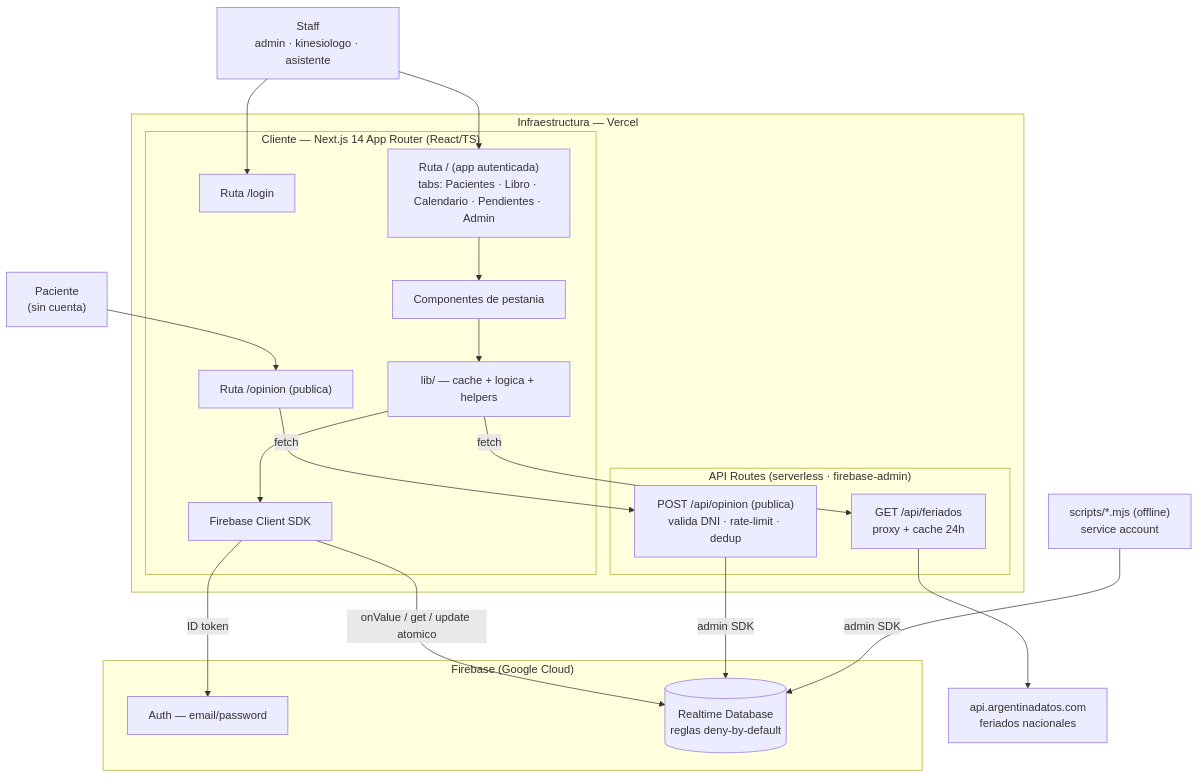
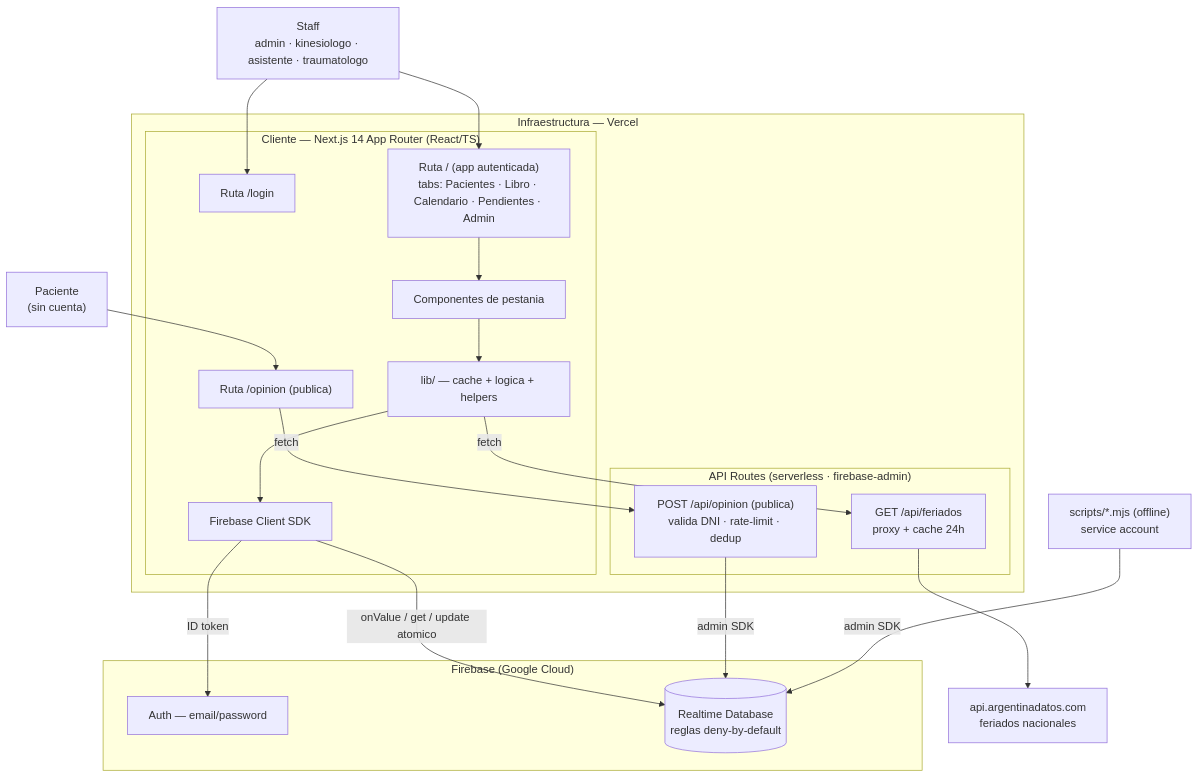
Before and after one commit to joacoz29/crudkinesiologia: the first of 3 diagrams in docs/architecture.md, drawn with Mermaid. The commit also changed other lines of this file, not shown here.

````diff
--- a/docs/architecture.md
+++ b/docs/architecture.md
@@ -17,42 +20,42 @@
 ```mermaid
 flowchart TB
-    staff["Staff<br/>admin · kinesiologo · asistente"]
+    staff["Staff<br/>admin · kinesiologo · asistente · traumatologo"]
     pac["Paciente<br/>(sin cuenta)"]
 
     subgraph vercel["Infraestructura — Vercel"]
         subgraph cli["Cliente — Next.js 14 App Router (React/TS)"]
             login["Ruta /login"]
             app["Ruta / (app autenticada)<br/>tabs: Pacientes · Libro · Calendario · Pendientes · Admin"]
             opi["Ruta /opinion (publica)"]
             comps["Componentes de pestania"]
             lib["lib/ — cache + logica + helpers"]
             sdk["Firebase Client SDK"]
         end
         subgraph api["API Routes (serverless · firebase-admin)"]
             apiop["POST /api/opinion (publica)<br/>valida DNI · rate-limit · dedup"]
             apife["GET /api/feriados<br/>proxy + cache 24h"]
         end
     end
 
     subgraph fb["Firebase (Google Cloud)"]
         fauth["Auth — email/password"]
         rtdb[("Realtime Database<br/>reglas deny-by-default")]
     end
 
     ext["api.argentinadatos.com<br/>feriados nacionales"]
     scripts["scripts/*.mjs (offline)<br/>service account"]
 
     staff --> login
     staff --> app
     pac --> opi
 
     app --> comps --> lib --> sdk
     opi -->|fetch| apiop
     lib -->|fetch| apife
 
     sdk -->|"onValue / get / update atomico"| rtdb
     sdk -->|"ID token"| fauth
     apiop -->|"admin SDK"| rtdb
     apife --> ext
     scripts -->|"admin SDK"| rtdb
 ```
````
